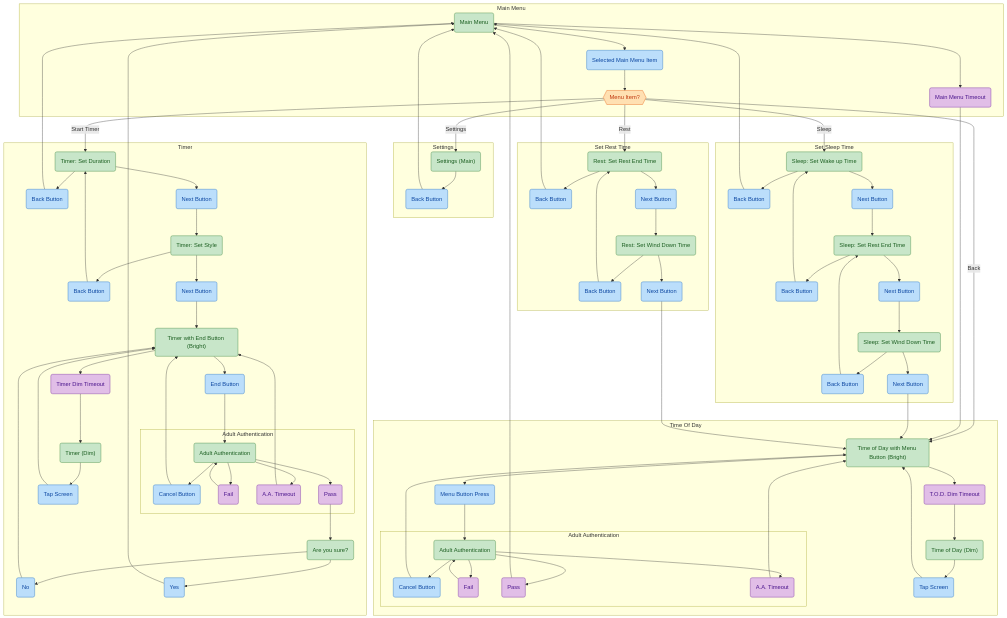
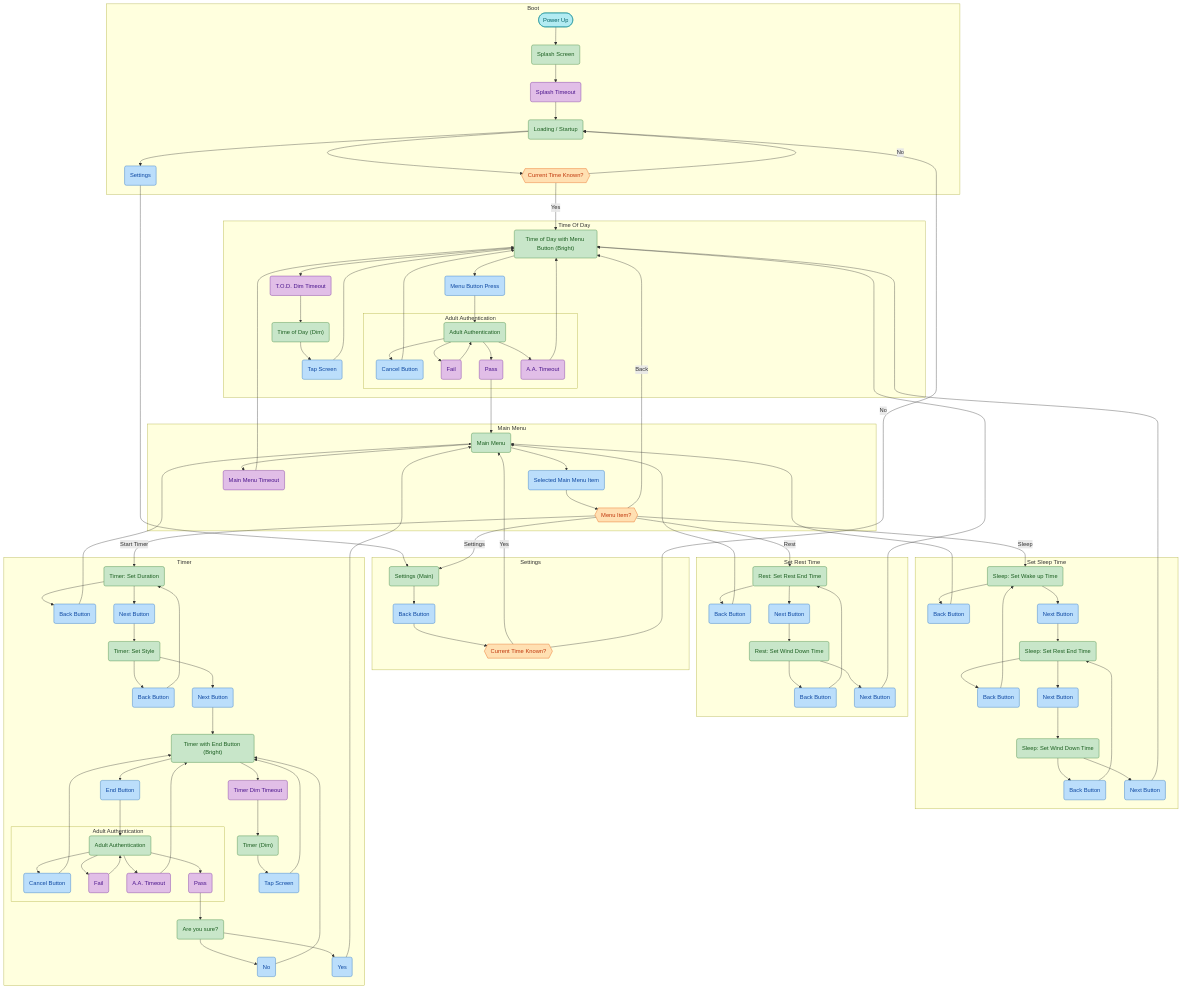
The diagram in docs/screen_flow.md (mattlat21/TimeDisk), drawn with Mermaid before and after one commit. The commit also changed other lines of this file, not shown here.

Commit message:
Added boot up sequence

````diff
--- a/docs/screen_flow.md
+++ b/docs/screen_flow.md
@@ -3,5 +3,10 @@
 ```mermaid
 flowchart TB
+    %% Boot
+    power_up([Power Up])
+    splash("Splash Screen")
+    loading("Loading / Startup")
+
     %% Screens (green)
     menu("Main Menu")
     tod_dim("Time of Day (Dim)")
@@ -30,6 +35,7 @@
     confirm_no("No")
     confirm_yes("Yes")
     selected_main_menu_item("Selected Main Menu Item")
+    loading_settings("Settings")
 
     %% User Back Buttons
     back_btn_settings("Back Button")
@@ -51,6 +57,7 @@
     rest_set_wind_down_time_next_button("Next Button")
 
     %% System events (purple)
+    splash_timeout("Splash Timeout")
     timeout_tod("T.O.D. Dim Timeout")
     fail_start("Fail")
     pass_start("Pass")
@@ -63,6 +70,18 @@
 
     %% Decision (orange)
     which_main_menu_item_selected{{"Menu Item?"}}
+    time_obtained{{"Current Time Known?"}}
+    settings_is_time_loaded{{"Current Time Known?"}}
+
+    %% Boot sequence
+    subgraph Boot
+        power_up --> splash
+        splash --> splash_timeout --> loading
+        loading --> time_obtained --> |No| loading
+        loading --> loading_settings
+    end
+    time_obtained --> |Yes| tod_bright
+    loading_settings --> settings
 
     %% Idle and authentication
     subgraph Time Of Day
@@ -80,7 +99,7 @@
         cancel_start --> tod_bright
     end
 
-    %% Menu and settings
+    %% Menu
     subgraph Main Menu
         menu --> selected_main_menu_item --> which_main_menu_item_selected
         menu --> main_menu_timeout
@@ -94,7 +113,7 @@
 
 
     %% Back to Menu
-    back_btn_settings --> menu
+    settings_is_time_loaded --> |Yes| menu
     sleep_set_wake_up_time_back_button --> menu
     rest_set_rest_end_time_back_button --> menu
     back_duration --> menu
@@ -103,8 +122,9 @@
 
     %% Settings
     subgraph Settings
-        settings --> back_btn_settings
+        settings --> back_btn_settings --> settings_is_time_loaded
     end
+    settings_is_time_loaded --> |No| loading
 
     %% Time of Day Setup
     subgraph Set Sleep Time
@@ -155,13 +175,15 @@
     classDef action fill:#bbdefb,stroke:#1565c0,color:#0d47a1
     classDef event fill:#e1bee7,stroke:#6a1b9a,color:#4a148c
     classDef decision fill:#ffe0b2,stroke:#e65100,color:#bf360c
+    classDef start fill:#b2ebf2,stroke:#00838f,color:#006064
 
-    class tod_dim,tod_bright,aa_start,menu,settings,timer_duration,timer_style,timer_bright,timer_dim,aa_end,confirm,sleep_set_wake_up_time,sleep_rest_rest_end_time,sleep_set_wind_down_time,rest_set_rest_end_time,rest_set_wind_down_time screen
+    class splash,loading,tod_dim,tod_bright,aa_start,menu,settings,timer_duration,timer_style,timer_bright,timer_dim,aa_end,confirm,sleep_set_wake_up_time,sleep_rest_rest_end_time,sleep_set_wind_down_time,rest_set_rest_end_time,rest_set_wind_down_time screen
 
-    rest_set_wind_down_time_next_button("Next Button")
-    class tap1,btn_press,cancel_start,ok_duration,back_btn_settings,back_duration,ok_style,back_style,tap2,end_btn,cancel_end,confirm_no,selected_main_menu_item,confirm_yes,sleep_set_wake_up_time_back_button,sleep_rest_rest_end_time_back_button,sleep_set_wind_down_time_back_button,sleep_set_wake_up_time_next_button,sleep_rest_rest_end_time_next_button,sleep_set_wind_down_time_next_button,rest_set_rest_end_time_back_button,rest_set_wind_down_time_back_button,rest_set_rest_end_time_next_button,rest_set_wind_down_time_next_button action
+    class tap1,btn_press,cancel_start,ok_duration,back_btn_settings,back_duration,ok_style,back_style,tap2,end_btn,cancel_end,confirm_no,selected_main_menu_item,confirm_yes,sleep_set_wake_up_time_back_button,sleep_rest_rest_end_time_back_button,sleep_set_wind_down_time_back_button,sleep_set_wake_up_time_next_button,sleep_rest_rest_end_time_next_button,sleep_set_wind_down_time_next_button,rest_set_rest_end_time_back_button,rest_set_wind_down_time_back_button,rest_set_rest_end_time_next_button,rest_set_wind_down_time_next_button,loading_settings action
 
-    class timeout_tod,fail_start,pass_start,timeout_aa_start,dim_timeout,fail_end,timeout_aa_end,pass_end,main_menu_timeout event
+    class splash_timeout,timeout_tod,fail_start,pass_start,timeout_aa_start,dim_timeout,fail_end,timeout_aa_end,pass_end,main_menu_timeout event
 
-    class which_main_menu_item_selected decision
+    class power_up start
+
+    class which_main_menu_item_selected,time_obtained,settings_is_time_loaded decision
 ```
````
